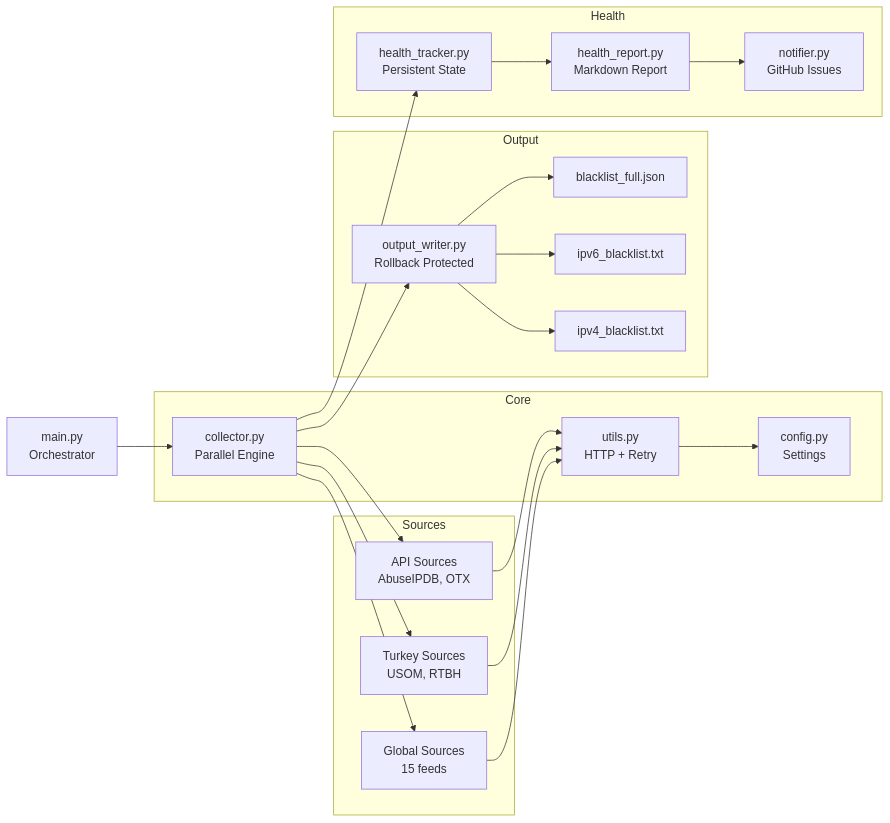
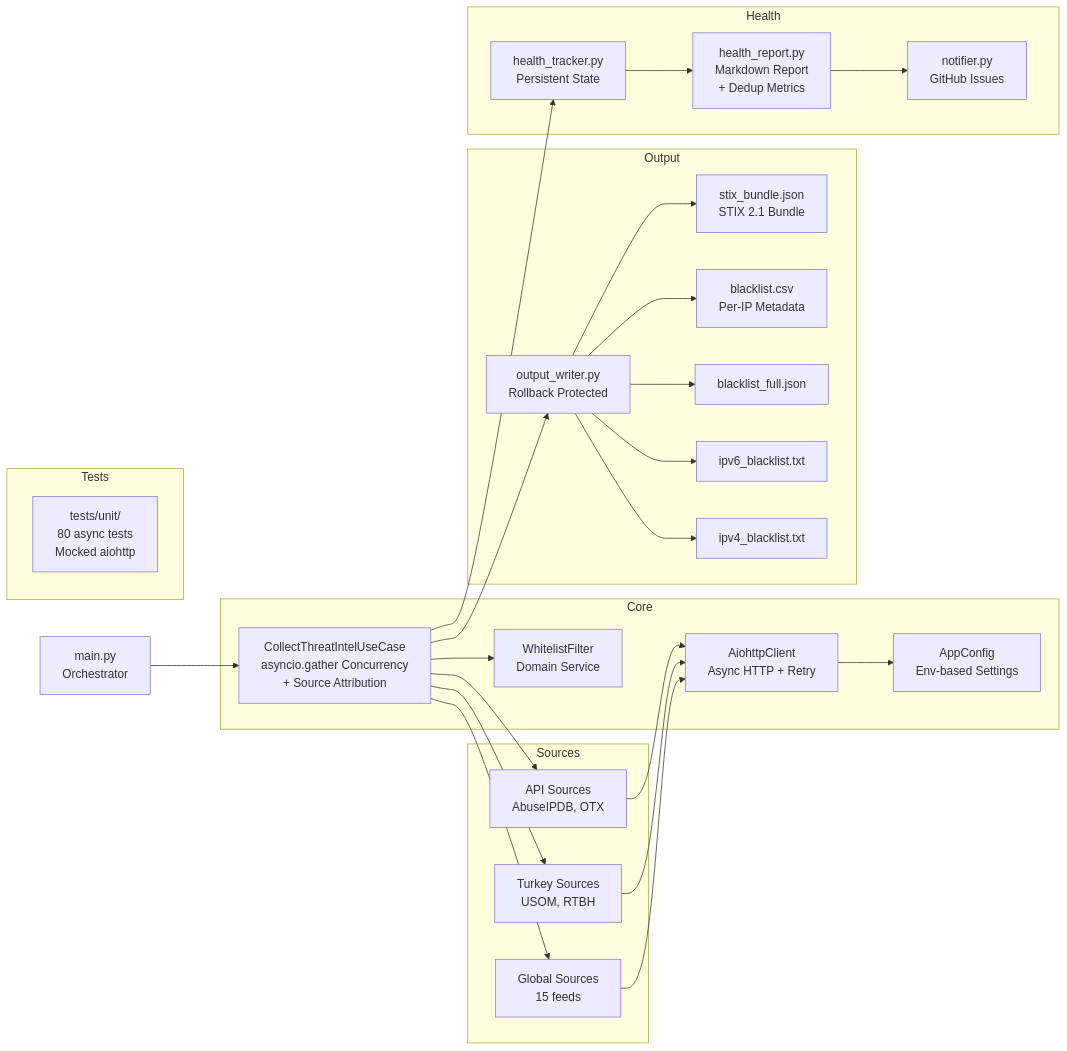
Before and after one commit to ziyadnz/threat-intel-ip-feeds: the second of 2 diagrams in README.md, drawn with Mermaid. The commit also changed other lines of this file and 60 other files, not shown here.

Commit message:
Rewrite to Clean Architecture with async I/O

````diff
--- a/README.md
+++ b/README.md
@@ -314,37 +418,45 @@
 ```mermaid
 graph LR
     subgraph Sources
         GS[Global Sources<br/>15 feeds]
         TS[Turkey Sources<br/>USOM, RTBH]
         AS[API Sources<br/>AbuseIPDB, OTX]
     end
 
     subgraph Core
-        CO[collector.py<br/>Parallel Engine]
-        UT[utils.py<br/>HTTP + Retry]
-        CF[config.py<br/>Settings]
+        CO[CollectThreatIntelUseCase<br/>asyncio.gather Concurrency<br/>+ Source Attribution]
+        UT[AiohttpClient<br/>Async HTTP + Retry]
+        CF[AppConfig<br/>Env-based Settings]
+        WL[WhitelistFilter<br/>Domain Service]
     end
 
     subgraph Output
         OW[output_writer.py<br/>Rollback Protected]
         IPv4[ipv4_blacklist.txt]
         IPv6[ipv6_blacklist.txt]
         JSON[blacklist_full.json]
+        CSV[blacklist.csv<br/>Per-IP Metadata]
+        STIX[stix_bundle.json<br/>STIX 2.1 Bundle]
     end
 
     subgraph Health
         HT[health_tracker.py<br/>Persistent State]
-        HR[health_report.py<br/>Markdown Report]
+        HR[health_report.py<br/>Markdown Report<br/>+ Dedup Metrics]
         NO[notifier.py<br/>GitHub Issues]
+    end
+
+    subgraph Tests
+        TS2[tests/unit/<br/>80 async tests<br/>Mocked aiohttp]
     end
 
     MAIN[main.py<br/>Orchestrator] --> CO
     CO --> GS & TS & AS
     GS & TS & AS --> UT
     UT --> CF
+    CO --> WL
     CO --> OW
-    OW --> IPv4 & IPv6 & JSON
+    OW --> IPv4 & IPv6 & JSON & CSV & STIX
     CO --> HT
     HT --> HR
     HR --> NO
 ```
````
